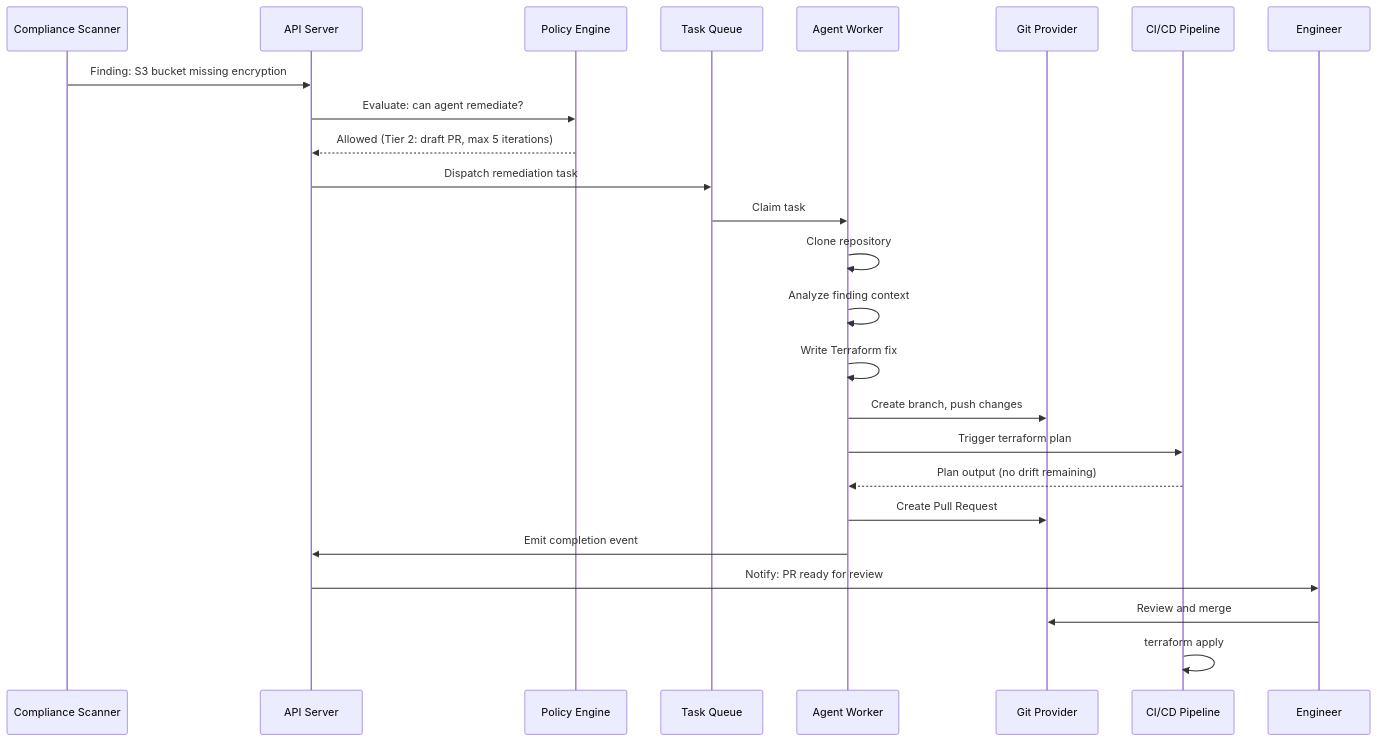
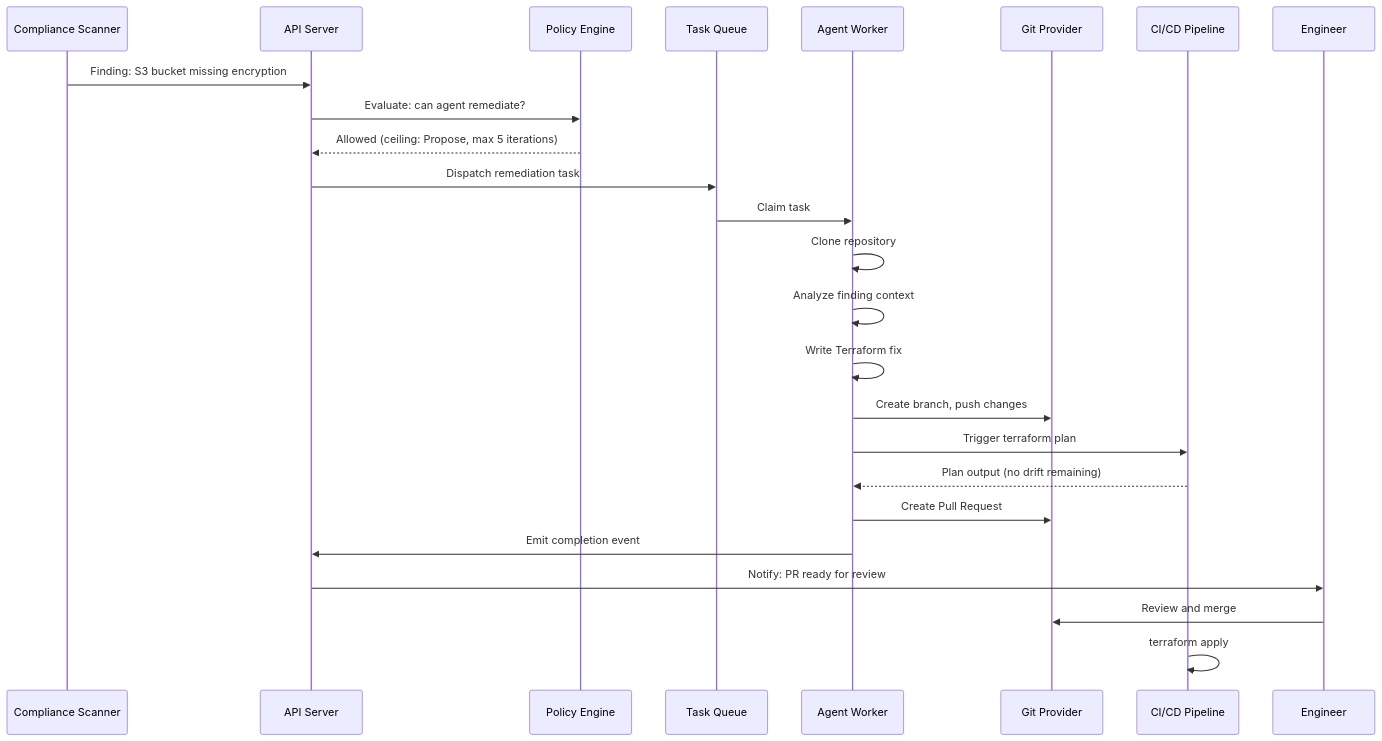
One commit to Cloudgeni-ai/infrastructure-agents-guide changed the third of 3 diagrams in 01-architecture.md. Above: the diagram before and after it, drawn with Mermaid. The commit also changed other lines of this file and 13 other files, not shown here.

````diff
--- a/01-architecture.md
+++ b/01-architecture.md
@@ -285,33 +301,33 @@
 ```mermaid
 sequenceDiagram
     participant Scanner as Compliance Scanner
     participant API as API Server
     participant Policy as Policy Engine
     participant Queue as Task Queue
     participant Worker as Agent Worker
     participant Git as Git Provider
     participant CICD as CI/CD Pipeline
     participant Human as Engineer
 
     Scanner->>API: Finding: S3 bucket missing encryption
     API->>Policy: Evaluate: can agent remediate?
-    Policy-->>API: Allowed (Tier 2: draft PR, max 5 iterations)
+    Policy-->>API: Allowed (ceiling: Propose, max 5 iterations)
 
     API->>Queue: Dispatch remediation task
     Queue->>Worker: Claim task
 
     Worker->>Worker: Clone repository
     Worker->>Worker: Analyze finding context
     Worker->>Worker: Write Terraform fix
 
     Worker->>Git: Create branch, push changes
     Worker->>CICD: Trigger terraform plan
     CICD-->>Worker: Plan output (no drift remaining)
 
     Worker->>Git: Create Pull Request
     Worker->>API: Emit completion event
 
     API->>Human: Notify: PR ready for review
     Human->>Git: Review and merge
     CICD->>CICD: terraform apply
 ```
````
